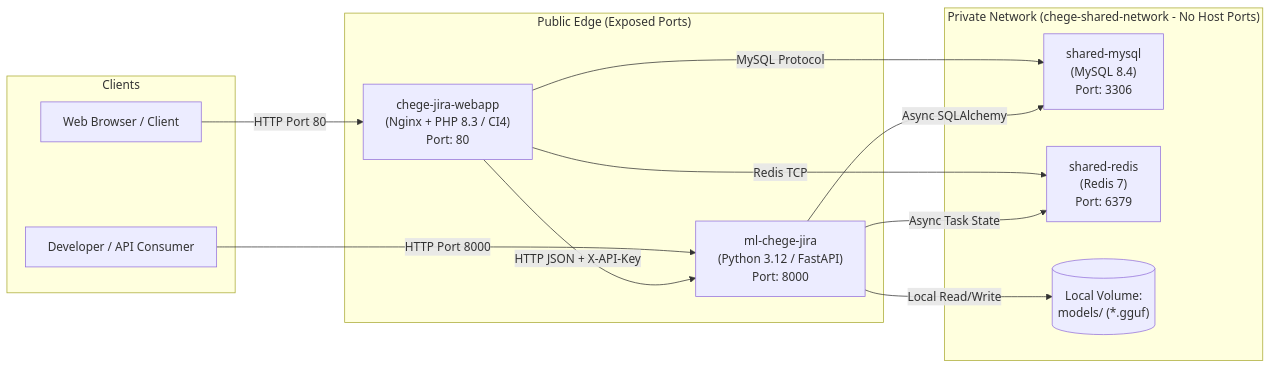
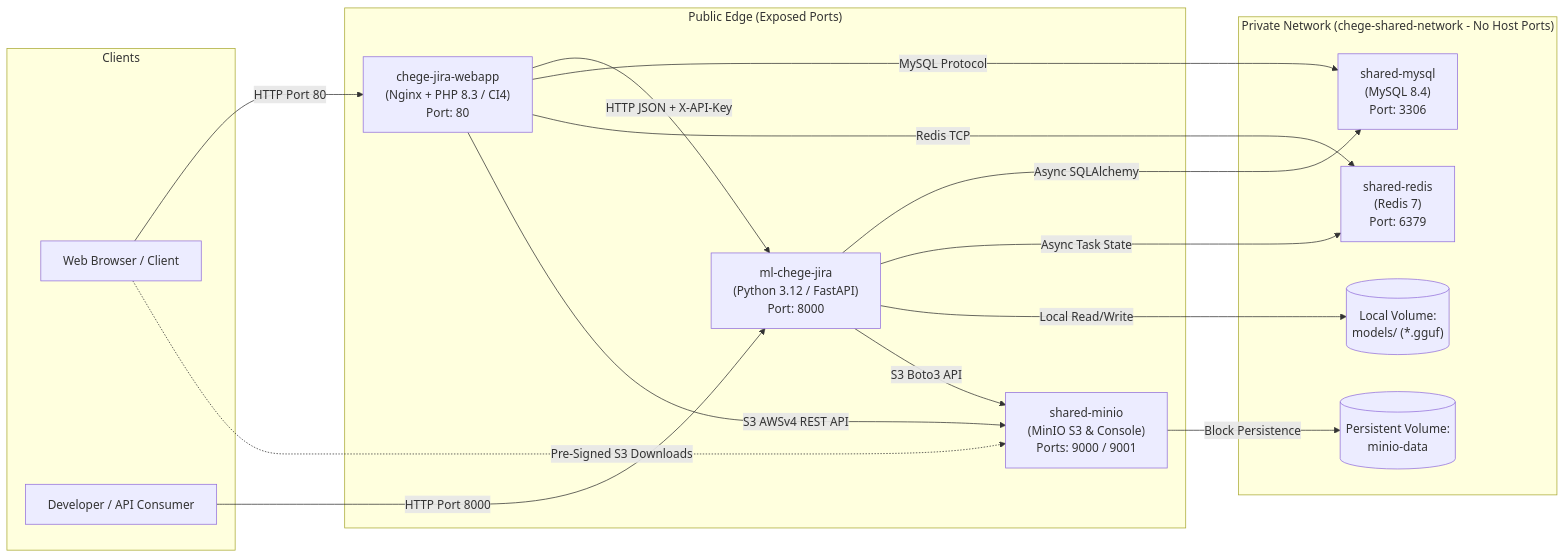
Before and after one commit to Niccher/AI-Agile-Project-Management-Suite: the second of 2 diagrams in docs/architecture/overview.md, drawn with Mermaid. The commit also changed other lines of this file and 28 other files, not shown here.

````diff
--- a/docs/architecture/overview.md
+++ b/docs/architecture/overview.md
@@ -42,27 +45,33 @@
 ```mermaid
 flowchart LR
     subgraph Clients
         Browser[Web Browser / Client]
         ExtTool[Developer / API Consumer]
     end
 
     subgraph "Public Edge (Exposed Ports)"
         NginxWeb["chege-jira-webapp\n(Nginx + PHP 8.3 / CI4)\nPort: 80"]
         FastApiML["ml-chege-jira\n(Python 3.12 / FastAPI)\nPort: 8000"]
+        MinioStore["shared-minio\n(MinIO S3 & Console)\nPorts: 9000 / 9001"]
     end
 
     subgraph "Private Network (chege-shared-network - No Host Ports)"
         MySQLDb["shared-mysql\n(MySQL 8.4)\nPort: 3306"]
         RedisCache["shared-redis\n(Redis 7)\nPort: 6379"]
         ModelStorage[("Local Volume:\nmodels/ (*.gguf)")]
+        MinioData[("Persistent Volume:\nminio-data")]
     end
 
     Browser -->|HTTP Port 80| NginxWeb
+    Browser -.->|Pre-Signed S3 Downloads| MinioStore
     ExtTool -->|HTTP Port 8000| FastApiML
     NginxWeb -->|HTTP JSON + X-API-Key| FastApiML
     NginxWeb -->|MySQL Protocol| MySQLDb
     NginxWeb -->|Redis TCP| RedisCache
+    NginxWeb -->|S3 AWSv4 REST API| MinioStore
     FastApiML -->|Async SQLAlchemy| MySQLDb
     FastApiML -->|Async Task State| RedisCache
     FastApiML -->|Local Read/Write| ModelStorage
+    FastApiML -->|S3 Boto3 API| MinioStore
+    MinioStore -->|Block Persistence| MinioData
 ```
````
